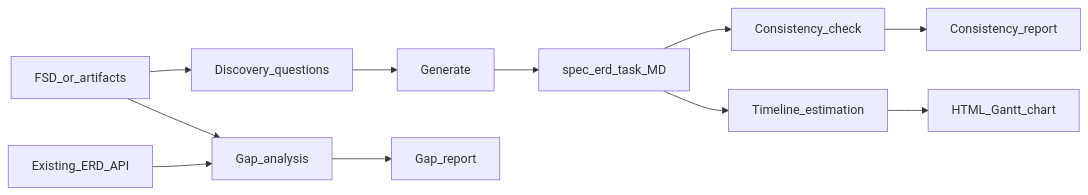
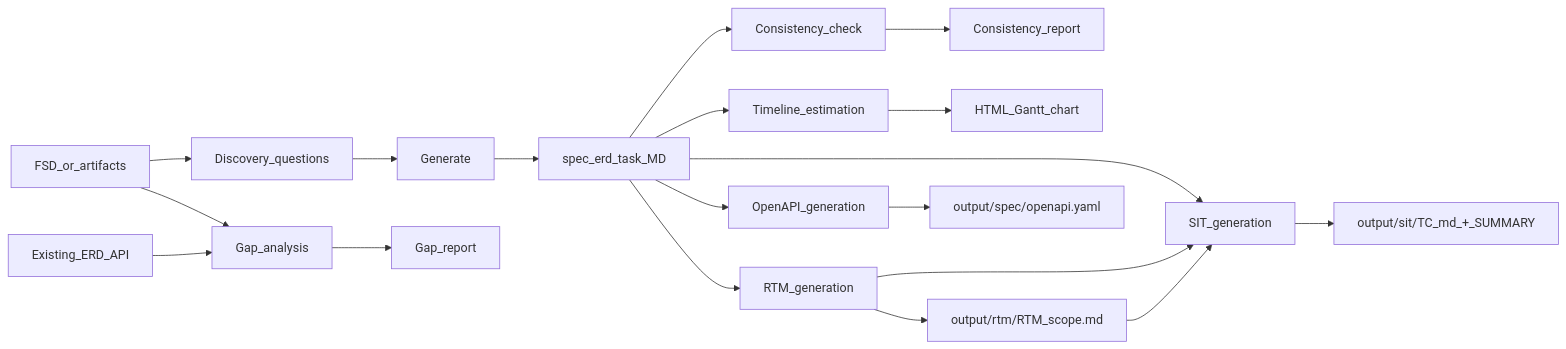
One commit to rogasper/onesist changed the diagram in src-tauri/vendor-skills/fsd-analyzer/SKILL.md. Above: the diagram before and after it, drawn with Mermaid. The commit also changed other lines of this file and 43 other files, not shown here.

````diff
--- a/src-tauri/vendor-skills/fsd-analyzer/SKILL.md
+++ b/src-tauri/vendor-skills/fsd-analyzer/SKILL.md
@@ -42,15 +50,23 @@
 ```mermaid
 flowchart LR
   FSD[FSD_or_artifacts]
   FSD --> DISC[Discovery_questions]
   DISC --> GEN[Generate]
   FSD --> GAP[Gap_analysis]
   EXIST[Existing_ERD_API]
   EXIST --> GAP
   GEN --> OUT1[spec_erd_task_MD]
   GAP --> OUT2[Gap_report]
   OUT1 --> CONS[Consistency_check]
   CONS --> OUT3[Consistency_report]
   OUT1 --> TL[Timeline_estimation]
   TL --> OUT4[HTML_Gantt_chart]
+  OUT1 --> RTM[RTM_generation]
+  RTM --> OUT5[output/rtm/RTM_scope.md]
+  OUT1 --> OAS[OpenAPI_generation]
+  OAS --> OUT6[output/spec/openapi.yaml]
+  OUT1 --> SIT[SIT_generation]
+  RTM --> SIT
+  OUT5 --> SIT
+  SIT --> OUT7[output/sit/TC_md_+_SUMMARY]
 ```
````
